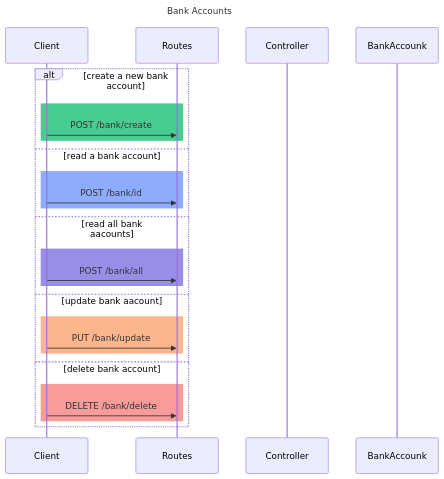
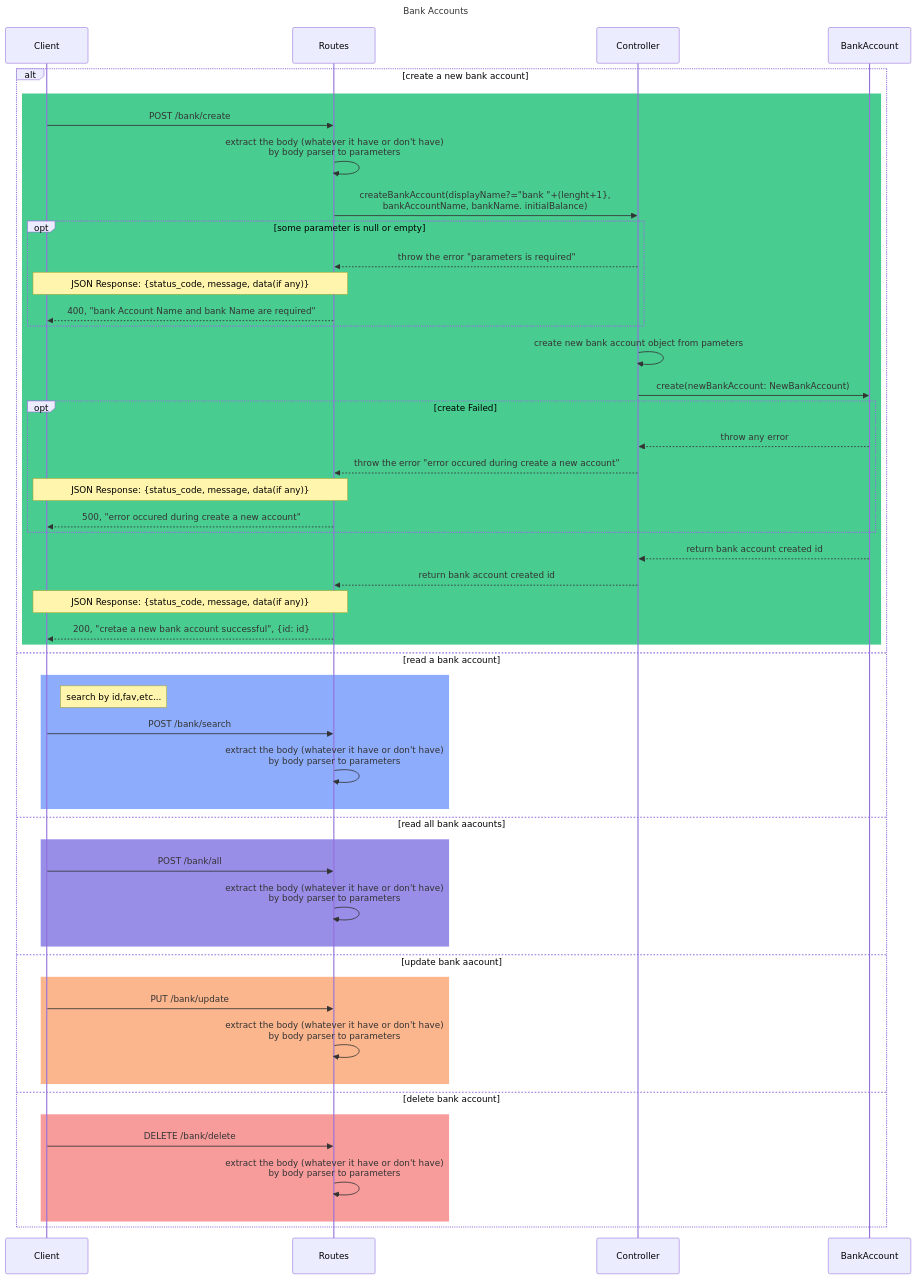
The diagram in design/Classes/BankAccounts.mmd (SawatKia/WealthTracking), drawn with Mermaid before and after one commit.

Commit message:
add create path

```diff
--- a/design/Classes/BankAccounts.mmd
+++ b/design/Classes/BankAccounts.mmd
@@ -1,28 +1,52 @@
 sequenceDiagram
     title Bank Accounts
     participant Client
     participant Routes
     participant Controller
-    participant Bank as BankAccounk
+    participant Bank as BankAccount
 
     alt create a new bank account
         rect rgb(73,204,144)
             Client->>Routes: POST /bank/create
+            Routes->>Routes: extract the body (whatever it have or don't have)<br> by body parser to parameters
+            Routes->>Controller: createBankAccount(displayName?="bank "+(lenght+1},<br>bankAccountName, bankName. initialBalance) 
+            opt some parameter is null or empty
+                Controller-->>Routes: throw the error "parameters is required"
+                Note over Routes,Client: JSON Response: {status_code, message, data(if any)}
+                Routes-->>Client: 400, "bank Account Name and bank Name are required"
+            end
+            Controller->>Controller: create new bank account object from pameters
+            Controller->>Bank: create(newBankAccount: NewBankAccount)
+            opt create Failed
+                Bank-->>Controller: throw any error
+                Controller-->>Routes: throw the error "error occured during create a new account"
+                Note over Routes,Client: JSON Response: {status_code, message, data(if any)}
+                Routes-->>Client: 500, "error occured during create a new account"                
+            end
+            Bank-->>Controller: return bank account created id
+            Controller-->>Routes: return bank account created id
+            Note over Routes,Client: JSON Response: {status_code, message, data(if any)}
+            Routes-->>Client: 200, "cretae a new bank account successful", {id: id}
         end
     else read a bank account
         rect rgb(142,172,252)
-            Client->>Routes: POST /bank/id
+            Note right of Client: search by id,fav,etc...
+            Client->>Routes: POST /bank/search
+            Routes->>Routes: extract the body (whatever it have or don't have)<br> by body parser to parameters
         end
     else read all bank aacounts
         rect rgb(152, 142, 232)
             Client->>Routes: POST /bank/all
+            Routes->>Routes: extract the body (whatever it have or don't have)<br> by body parser to parameters
         end
     else update bank aacount
         rect rgb(252,182,142)
             Client->>Routes: PUT  /bank/update
+            Routes->>Routes: extract the body (whatever it have or don't have)<br> by body parser to parameters
         end
     else delete bank account
         rect rgb(247,155,155)
             Client->>Routes: DELETE /bank/delete
+            Routes->>Routes: extract the body (whatever it have or don't have)<br> by body parser to parameters
         end
     end
```
